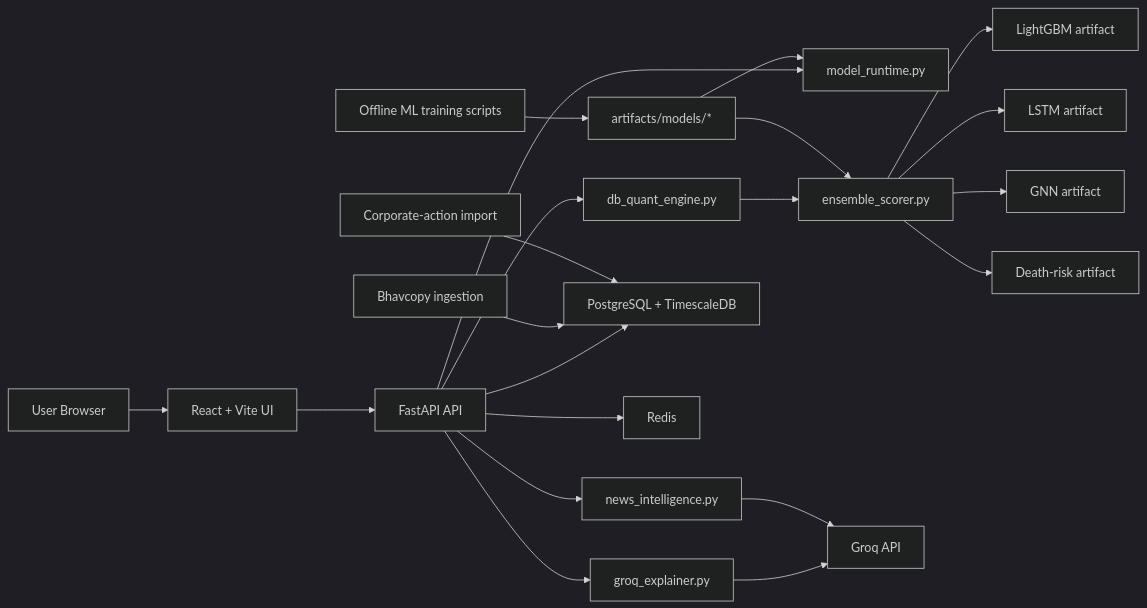
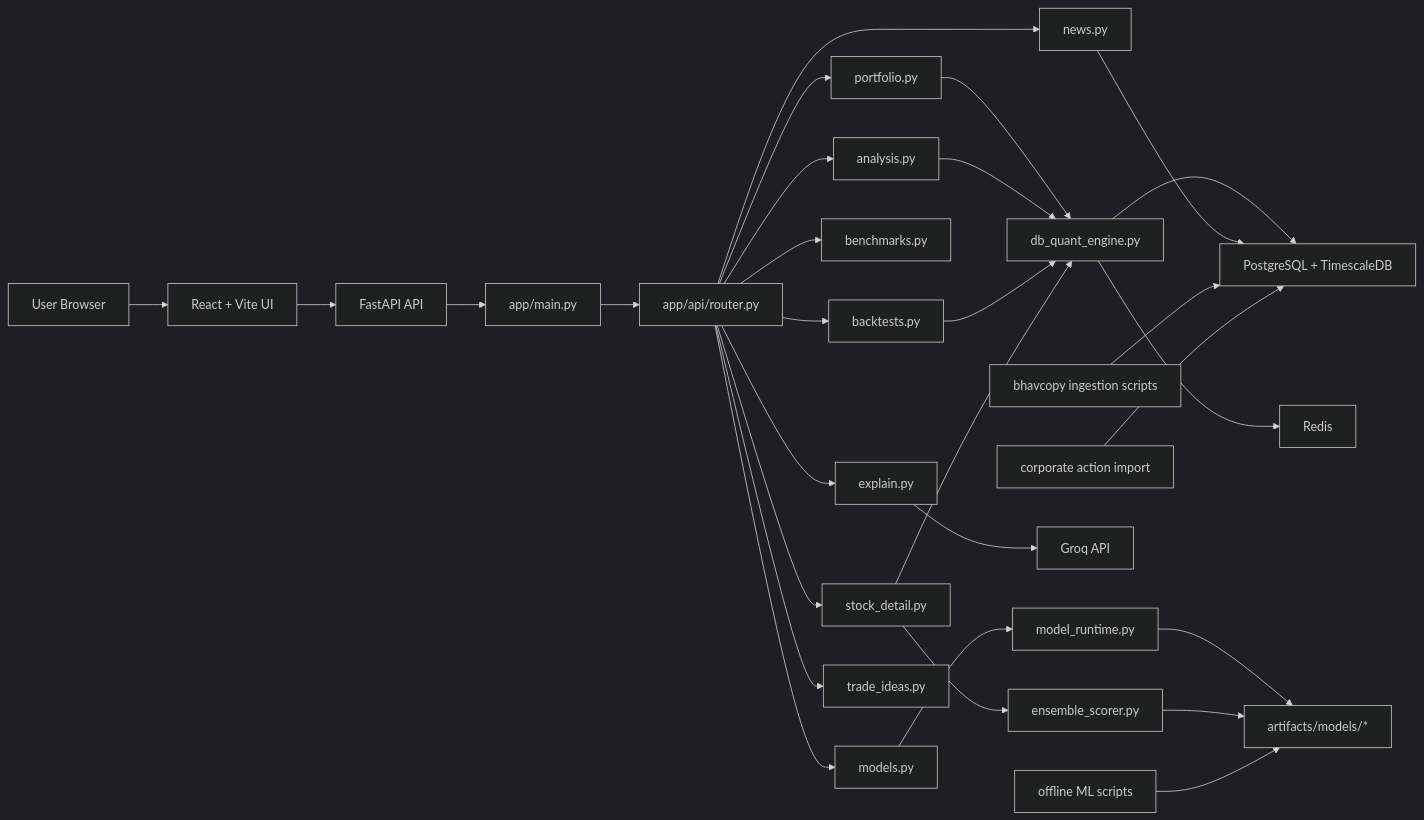
Before and after one commit to shahpruthaa/capstone: the diagram in docs/architecture.md, drawn with Mermaid (dark theme). The commit also changed other lines of this file and 3 other files, not shown here.

First line of the commit message:
Refactor architecture and documentation for local capstone demo

````diff
--- a/docs/architecture.md
+++ b/docs/architecture.md
@@ -16,26 +15,36 @@
 ```mermaid
 flowchart LR
     U["User Browser"] --> WEB["React + Vite UI"]
     WEB --> API["FastAPI API"]
 
-    API --> RUNTIME["db_quant_engine.py"]
-    API --> STATUS["model_runtime.py"]
-    API --> EXPLAIN["groq_explainer.py"]
-    API --> NEWS["news_intelligence.py"]
-    API --> PG["PostgreSQL + TimescaleDB"]
-    API --> REDIS["Redis"]
+    API --> MAIN["app/main.py"]
+    MAIN --> ROUTER["app/api/router.py"]
+    ROUTER --> PORT["portfolio.py"]
+    ROUTER --> ANALYSIS["analysis.py"]
+    ROUTER --> BACKTESTS["backtests.py"]
+    ROUTER --> BENCH["benchmarks.py"]
+    ROUTER --> MODELS["models.py"]
+    ROUTER --> NEWS["news.py"]
+    ROUTER --> EXPLAIN["explain.py"]
+    ROUTER --> STOCK["stock_detail.py"]
+    ROUTER --> IDEAS["trade_ideas.py"]
 
-    RUNTIME --> ENS["ensemble_scorer.py"]
-    ENS --> LGB["LightGBM artifact"]
-    ENS --> LSTM["LSTM artifact"]
-    ENS --> GNN["GNN artifact"]
-    ENS --> DR["Death-risk artifact"]
+    PORT --> ENGINE["db_quant_engine.py"]
+    ANALYSIS --> ENGINE
+    BACKTESTS --> ENGINE
+    STOCK --> ENGINE
+    STOCK --> SCORER["ensemble_scorer.py"]
+    MODELS --> RUNTIME["model_runtime.py"]
 
-    ING["Bhavcopy ingestion"] --> PG
-    CA["Corporate-action import"] --> PG
-    TRAIN["Offline ML training scripts"] --> ART["artifacts/models/*"]
-    ART --> STATUS
-    ART --> ENS
+    ENGINE --> PG["PostgreSQL + TimescaleDB"]
+    ENGINE --> REDIS["Redis"]
+    NEWS --> PG
+
+    RUNTIME --> ART["artifacts/models/*"]
+    SCORER --> ART
     EXPLAIN --> GROQ["Groq API"]
-    NEWS --> GROQ
+
+    INGRESS["bhavcopy ingestion scripts"] --> PG
+    CA["corporate action import"] --> PG
+    TRAIN["offline ML scripts"] --> ART
 ```
````
